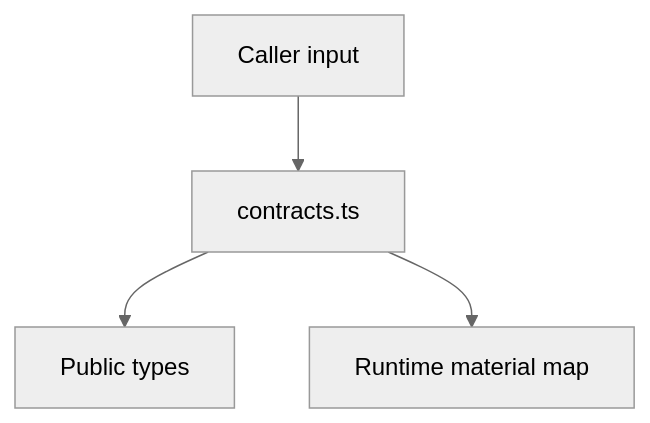
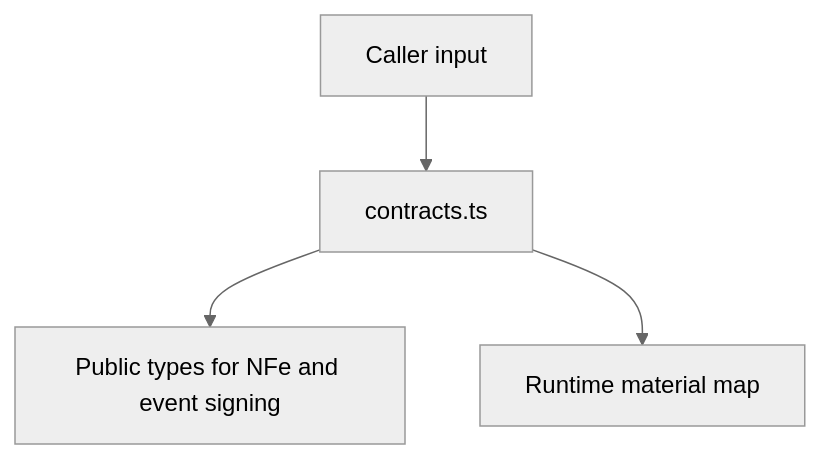
The diagram in src/canonical/signing/contracts.doc.md (linkiez/nfe_sdk), drawn with Mermaid (neutral theme) before and after one commit. The commit also changed other lines of this file and 101 other files, not shown here.

Commit message:
feat: expandir cobertura de assinatura e reorganizar roadmap

````diff
--- a/src/canonical/signing/contracts.doc.md
+++ b/src/canonical/signing/contracts.doc.md
@@ -20,6 +21,6 @@
 ```mermaid
 flowchart TD
   A[Caller input] --> B[contracts.ts]
-  B --> C[Public types]
+  B --> C[Public types for NFe and event signing]
   B --> D[Runtime material map]
 ```
````
